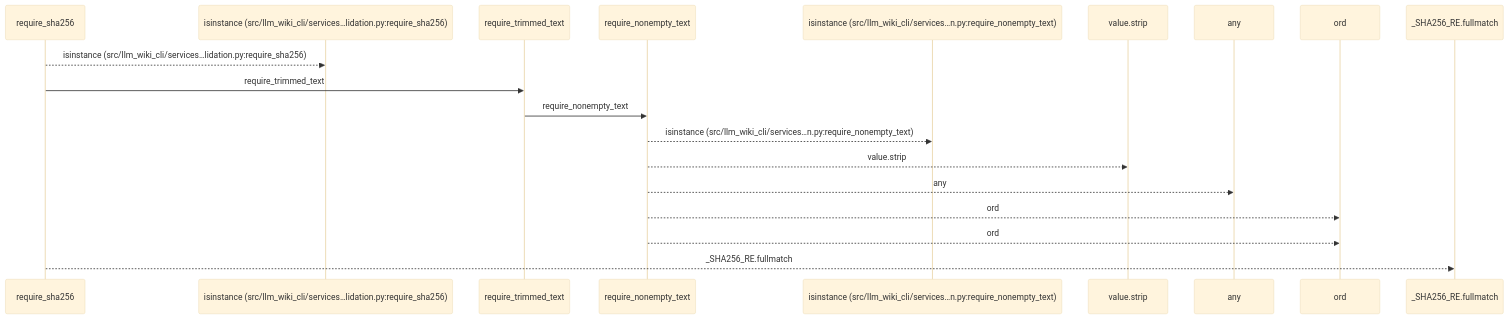
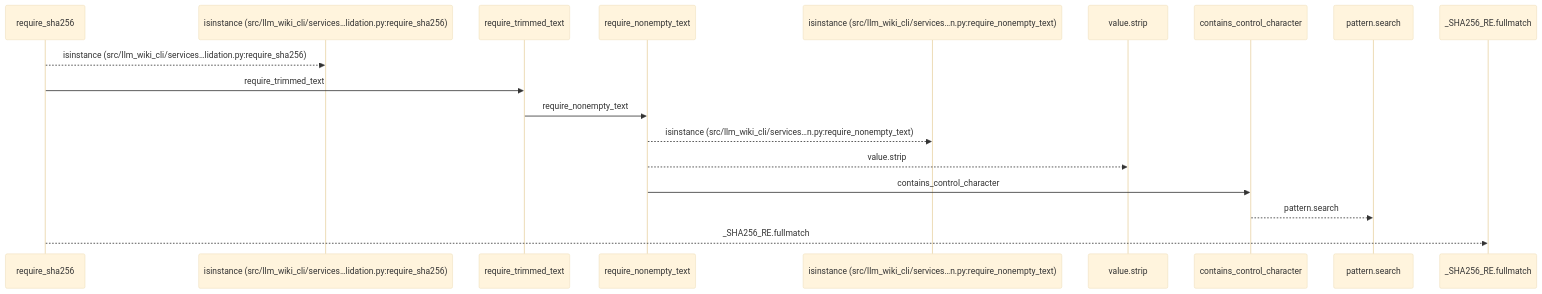
The first of 2 diagrams in docs/llm_wiki/flows/api-require_sha256.md (Denissvgn/python-wiki-llm), drawn with Mermaid (base theme) before and after one commit. The commit also changed other lines of this file and 865 other files, not shown here.

````diff
--- a/docs/llm_wiki/flows/api-require_sha256.md
+++ b/docs/llm_wiki/flows/api-require_sha256.md
@@ -10,21 +10,20 @@
 ```mermaid
 sequenceDiagram
     participant p0 as require_sha256
     participant p1 as isinstance (src/llm_wiki_cli/services…lidation.py:require_sha256)
     participant p2 as require_trimmed_text
     participant p3 as require_nonempty_text
     participant p4 as isinstance (src/llm_wiki_cli/services…n.py:require_nonempty_text)
     participant p5 as value.strip
-    participant p6 as any
-    participant p7 as ord
+    participant p6 as contains_control_character
+    participant p7 as pattern.search
     participant p8 as _SHA256_RE.fullmatch
     p0-->>p1: isinstance (src/llm_wiki_cli/services…lidation.py:require_sha256)
     p0->>p2: require_trimmed_text
     p2->>p3: require_nonempty_text
     p3-->>p4: isinstance (src/llm_wiki_cli/services…n.py:require_nonempty_text)
     p3-->>p5: value.strip
-    p3-->>p6: any
-    p3-->>p7: ord
-    p3-->>p7: ord
+    p3->>p6: contains_control_character
+    p6-->>p7: pattern.search
     p0-->>p8: _SHA256_RE.fullmatch
 ```
````
